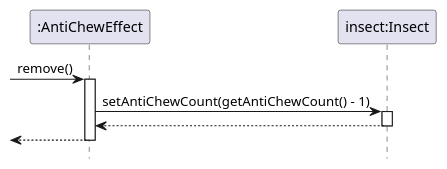
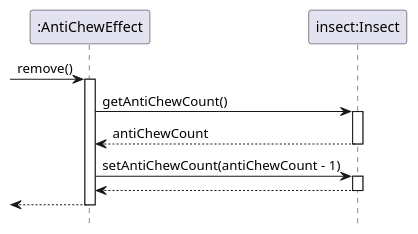
One commit to ZD4ve/projlab-error521 changed the diagram in AntiChewEffect/wearoff.pu. Above: the diagram before and after it, drawn with PlantUML. The commit also changed 3 other files, not shown here.

```diff
--- a/AntiChewEffect/wearoff.pu
+++ b/AntiChewEffect/wearoff.pu
@@ -1,16 +1,20 @@
 @startuml AntiChewEffect/wearoff
 hide footbox
 
 participant ":AntiChewEffect" as effect
 participant "insect:Insect" as target
 
 -> effect : remove()
 activate effect
 
-effect -> target : setAntiChewCount(getAntiChewCount() - 1)
+effect -> target : getAntiChewCount()
+activate target
+return antiChewCount
+
+effect -> target : setAntiChewCount(antiChewCount - 1)
 activate target
 return
 
 return
 
 @enduml
```
